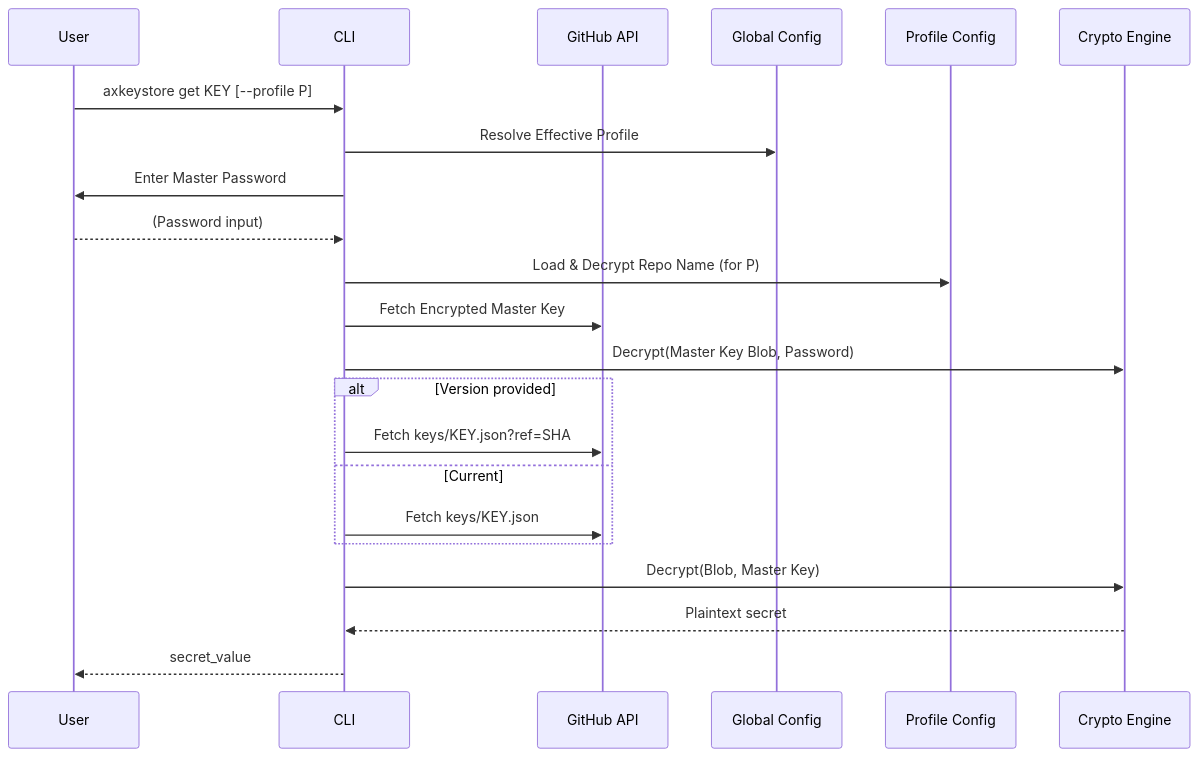
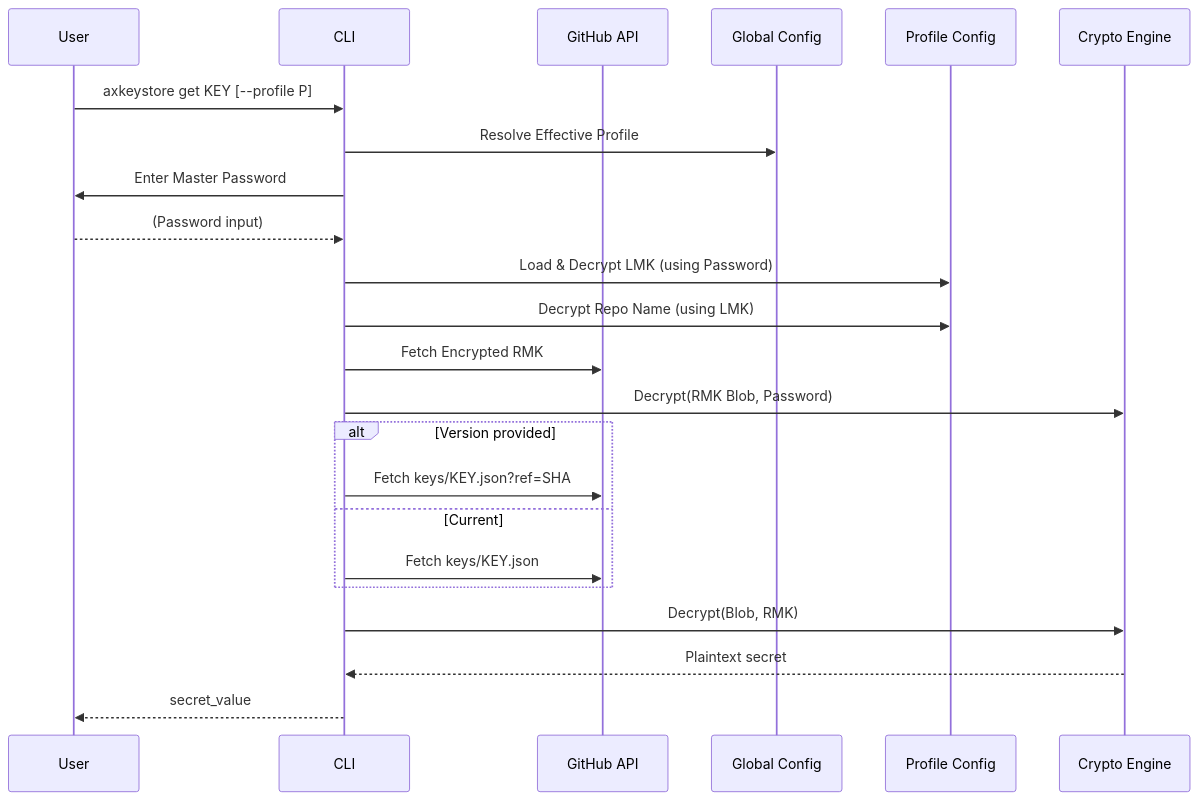
The fourth of 8 diagrams in README.md (basilgregory/axkeystore), drawn with Mermaid before and after one commit. The commit also changed other lines of this file and 2 other files, not shown here.

Commit message:
reset master password

````diff
--- a/README.md
+++ b/README.md
@@ -323,25 +373,26 @@
 ```mermaid
 sequenceDiagram
     participant U as User
     participant C as CLI
     participant G as GitHub API
     participant GC as Global Config
     participant PC as Profile Config
     participant CR as Crypto Engine
 
     U->>C: axkeystore get KEY [--profile P]
     C->>GC: Resolve Effective Profile
     C->>U: Enter Master Password
     U-->>C: (Password input)
-    C->>PC: Load & Decrypt Repo Name (for P)
-    C->>G: Fetch Encrypted Master Key
-    C->>CR: Decrypt(Master Key Blob, Password)
+    C->>PC: Load & Decrypt LMK (using Password)
+    C->>PC: Decrypt Repo Name (using LMK)
+    C->>G: Fetch Encrypted RMK
+    C->>CR: Decrypt(RMK Blob, Password)
     alt Version provided
         C->>G: Fetch keys/KEY.json?ref=SHA
     else Current
         C->>G: Fetch keys/KEY.json
     end
-    C->>CR: Decrypt(Blob, Master Key)
+    C->>CR: Decrypt(Blob, RMK)
     CR-->>C: Plaintext secret
     C-->>U: secret_value
 ```
````
